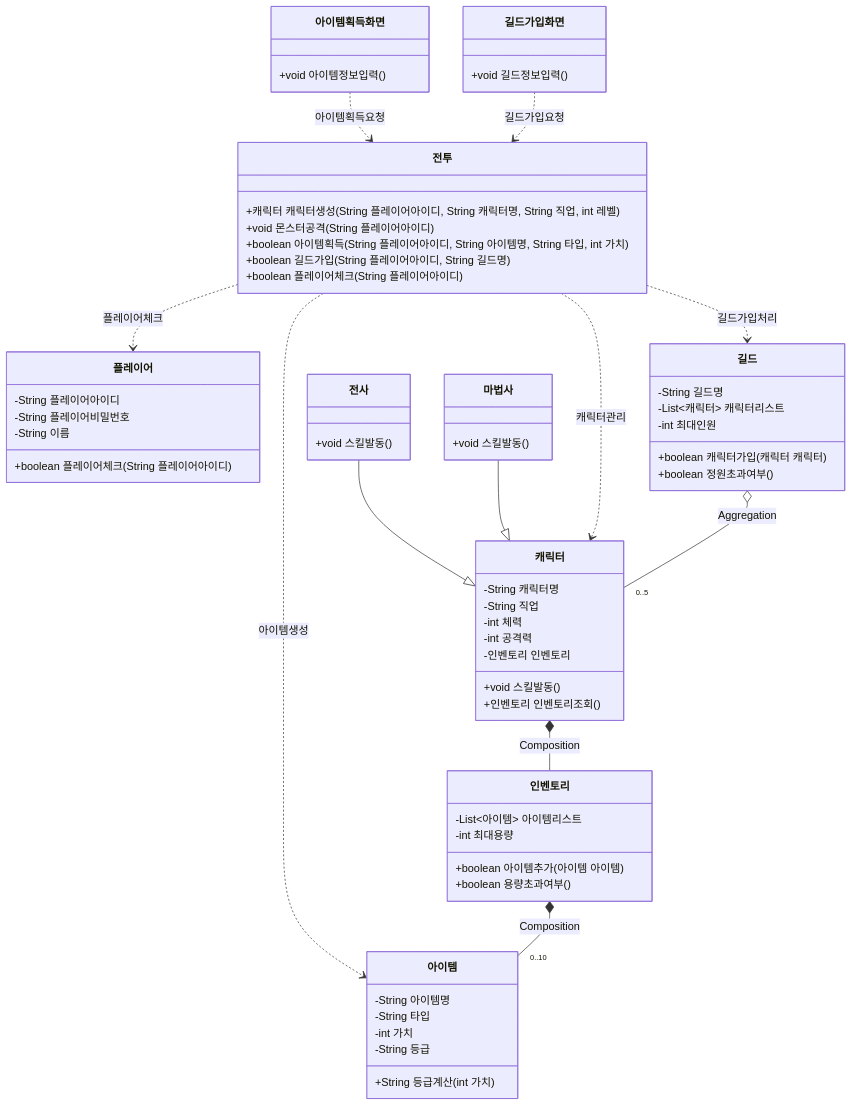
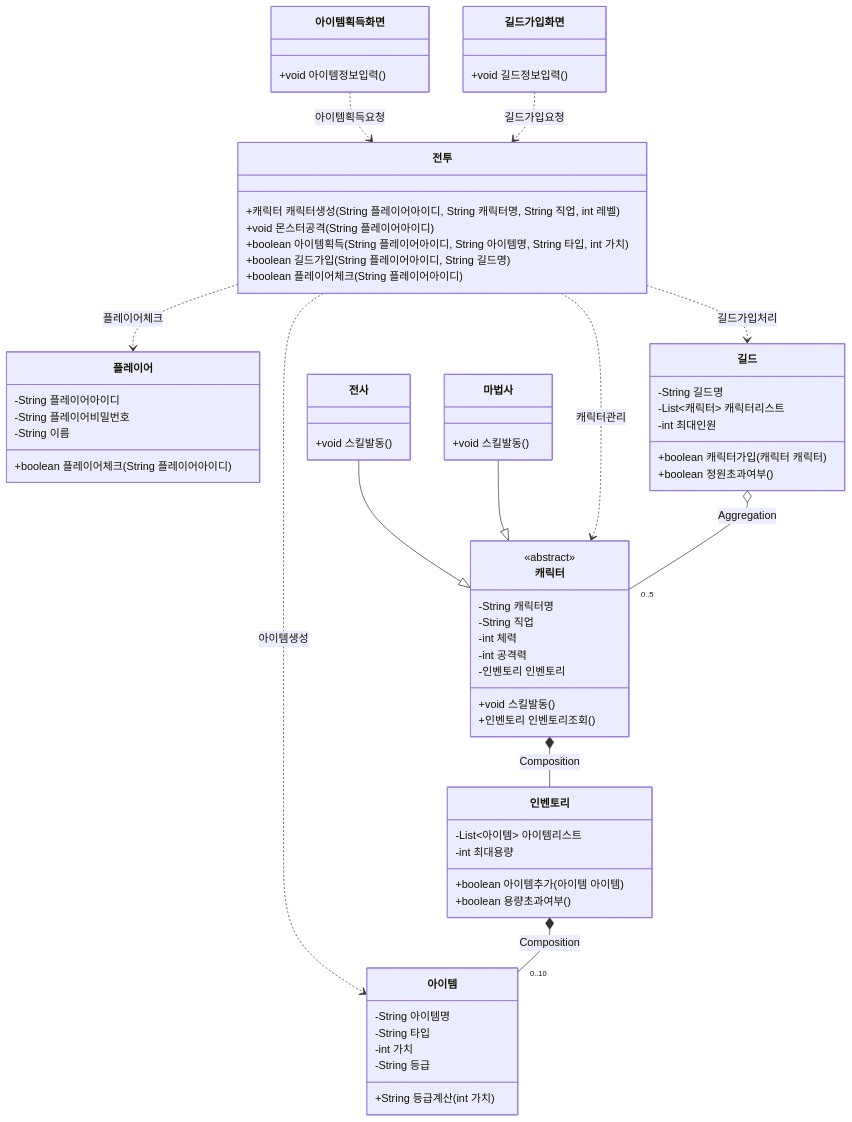
Before and after one commit to seonwung/DnF_Battle2_B_04: the diagram in classDiagram.md, drawn with Mermaid.

```diff
--- a/classDiagram.md
+++ b/classDiagram.md
@@ -9,6 +9,7 @@
     }
 
     class 캐릭터 {
+        <<abstract>>
         -String 캐릭터명
         -String 직업
         -int 체력
```
